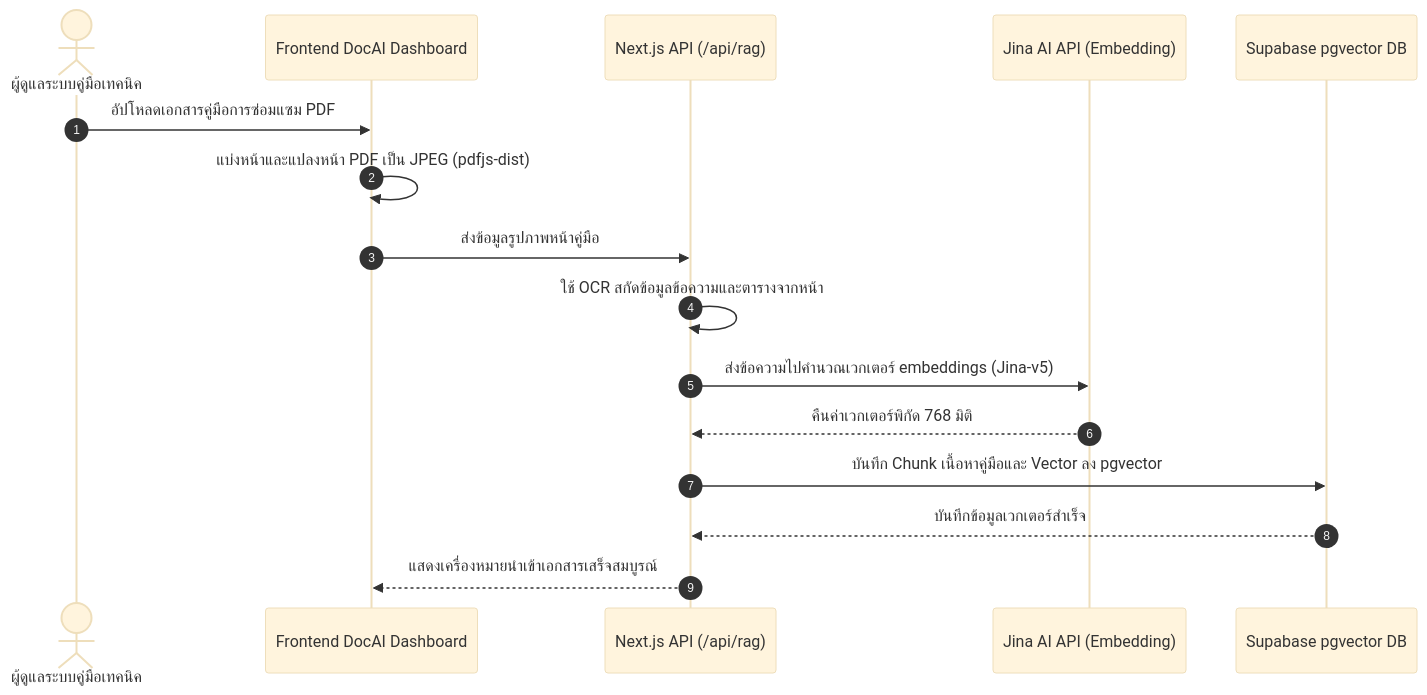
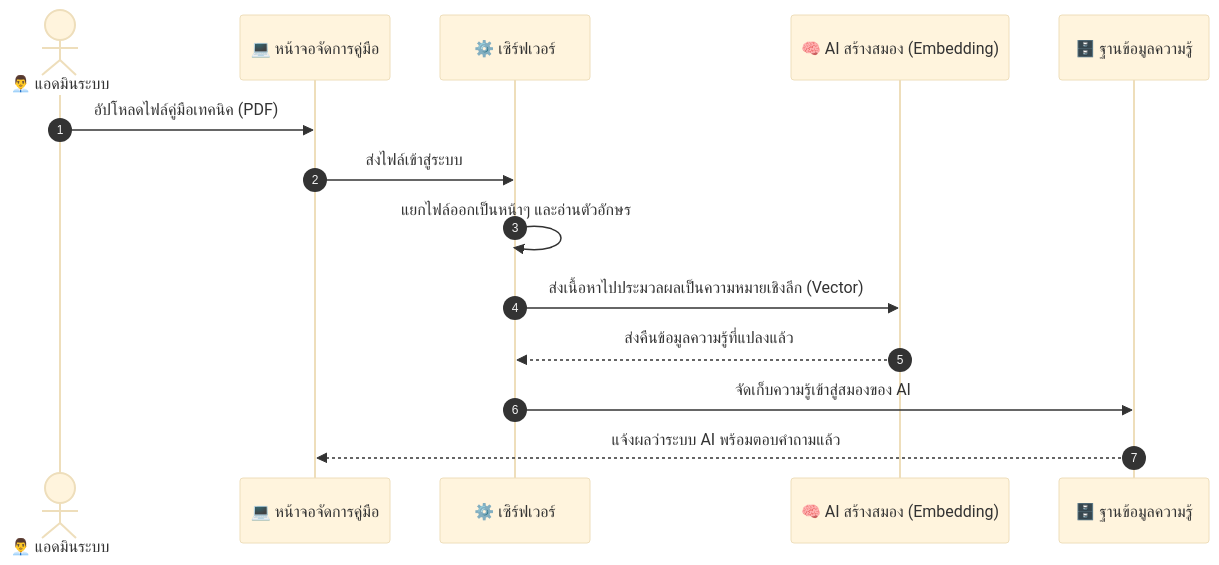
One commit to yean30102546-rgb/QSMS_project changed the fifth of 7 diagrams in system_flow_diagrams.md. Above: the diagram before and after it, drawn with Mermaid (base theme). The commit also changed other lines of this file and 16 other files, not shown here.

Commit message:
feat: update RAG module, rework update modals, system diagrams and project docs

````diff
--- a/system_flow_diagrams.md
+++ b/system_flow_diagrams.md
@@ -112,19 +107,17 @@
 ```mermaid
 sequenceDiagram
     autonumber
-    actor Admin as ผู้ดูแลระบบคู่มือเทคนิค
-    participant Front as Frontend DocAI Dashboard
-    participant API as Next.js API (/api/rag)
-    participant Jina as Jina AI API (Embedding)
-    participant Supa as Supabase pgvector DB
+    actor Admin as 👨‍💼 แอดมินระบบ
+    participant Web as 💻 หน้าจอจัดการคู่มือ
+    participant Server as ⚙️ เซิร์ฟเวอร์
+    participant AI as 🧠 AI สร้างสมอง (Embedding)
+    participant DB as 🗄️ ฐานข้อมูลความรู้
 
-    Admin->>Front: อัปโหลดเอกสารคู่มือการซ่อมแซม PDF
-    Front->>Front: แบ่งหน้าและแปลงหน้า PDF เป็น JPEG (pdfjs-dist)
-    Front->>API: ส่งข้อมูลรูปภาพหน้าคู่มือ
-    API->>API: ใช้ OCR สกัดข้อมูลข้อความและตารางจากหน้า
-    API->>Jina: ส่งข้อความไปคำนวณเวกเตอร์ embeddings (Jina-v5)
-    Jina-->>API: คืนค่าเวกเตอร์พิกัด 768 มิติ
-    API->>Supa: บันทึก Chunk เนื้อหาคู่มือและ Vector ลง pgvector
-    Supa-->>API: บันทึกข้อมูลเวกเตอร์สำเร็จ
-    API-->>Front: แสดงเครื่องหมายนำเข้าเอกสารเสร็จสมบูรณ์
+    Admin->>Web: อัปโหลดไฟล์คู่มือเทคนิค (PDF)
+    Web->>Server: ส่งไฟล์เข้าสู่ระบบ
+    Server->>Server: แยกไฟล์ออกเป็นหน้าๆ และอ่านตัวอักษร
+    Server->>AI: ส่งเนื้อหาไปประมวลผลเป็นความหมายเชิงลึก (Vector)
+    AI-->>Server: ส่งคืนข้อมูลความรู้ที่แปลงแล้ว
+    Server->>DB: จัดเก็บความรู้เข้าสู่สมองของ AI
+    DB-->>Web: แจ้งผลว่าระบบ AI พร้อมตอบคำถามแล้ว
 ```
````
